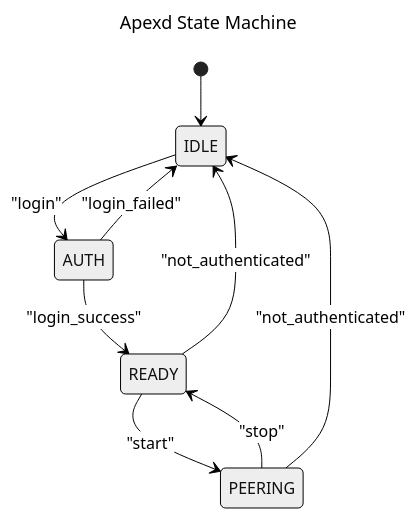
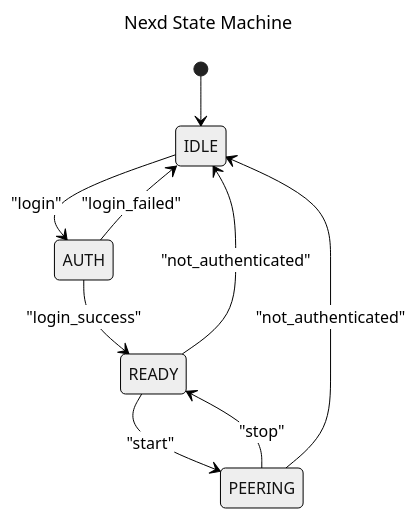
The diagram in docs/design/fsm.mmd (nexodus-io/nexodus), drawn with Mermaid (neutral theme) before and after one commit. The commit also changed 11 other files, not shown here.

```diff
--- a/docs/design/fsm.mmd
+++ b/docs/design/fsm.mmd
@@ -1,12 +1,12 @@
 ---
-title: Apexd State Machine
+title: Nexd State Machine
 ---
 stateDiagram-v2
     [*] --> IDLE 
     IDLE --> AUTH: "login"
     AUTH --> READY: "login_success"
     AUTH --> IDLE: "login_failed"
     READY --> PEERING: "start"
     PEERING --> READY: "stop"
     READY --> IDLE: "not_authenticated"
     PEERING --> IDLE: "not_authenticated"
```
